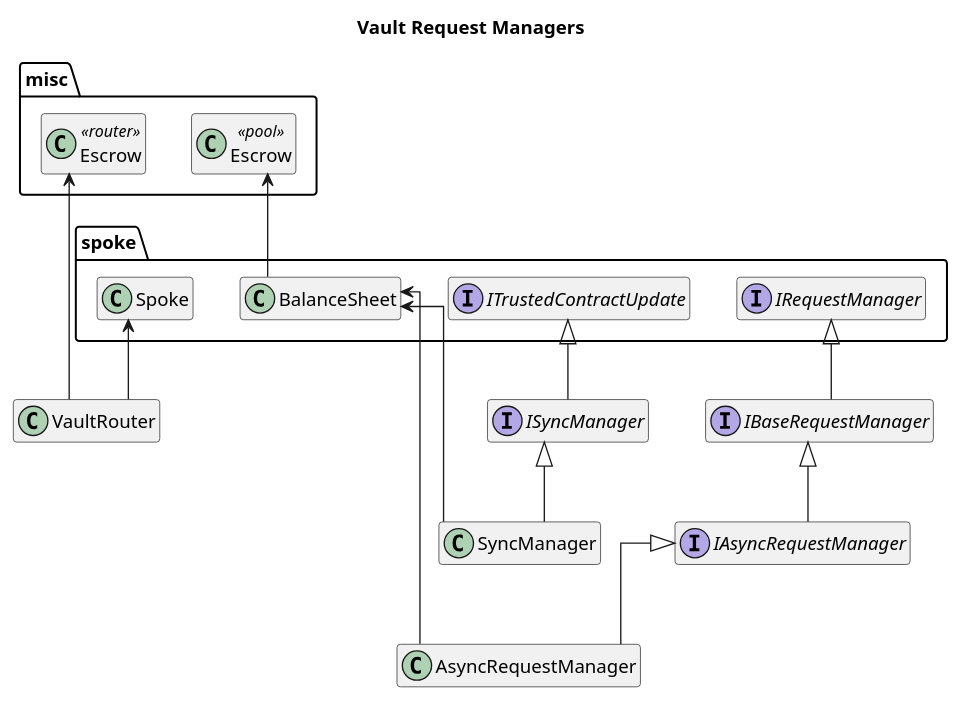
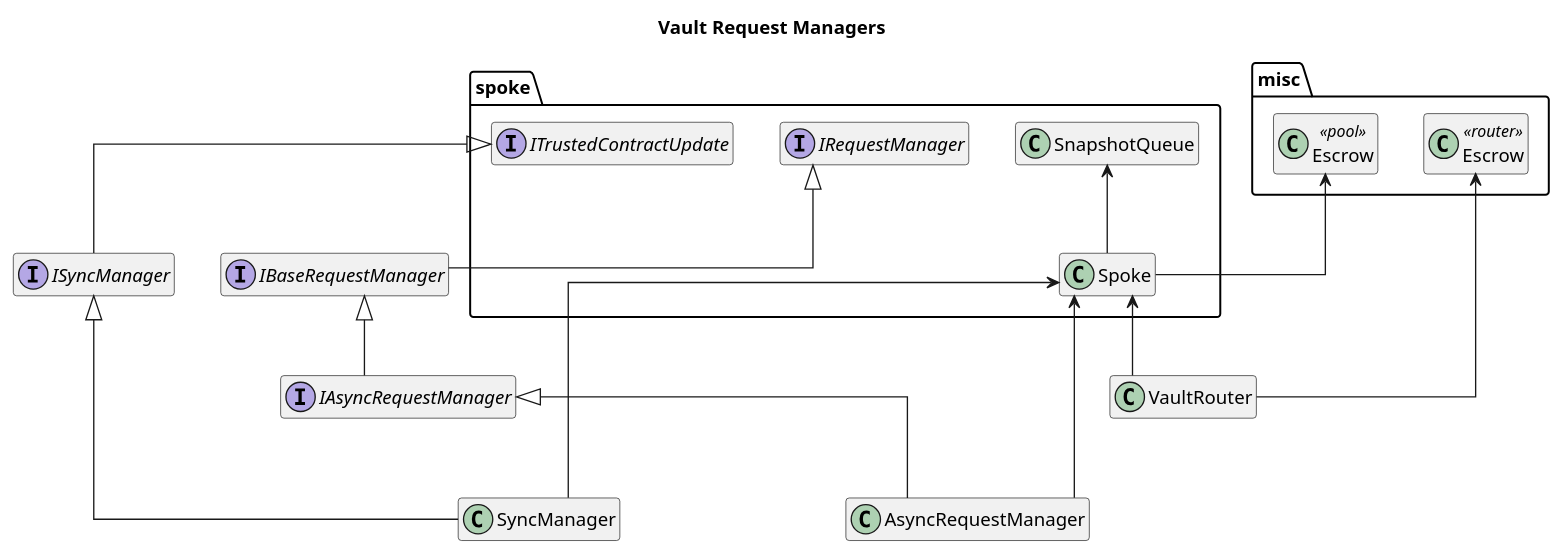
The diagram in docs/architecture/vaults/request-managers.puml (centrifuge/protocol), drawn with PlantUML before and after one commit. The commit also changed 111 other files, not shown here.

Commit message:
Merge BalanceSheet into Spoke (#255)

```diff
--- a/docs/architecture/vaults/request-managers.puml
+++ b/docs/architecture/vaults/request-managers.puml
@@ -1,38 +1,39 @@
 @startuml request-managers
 title Vault Request Managers
 hide empty members
 
 skinparam linetype ortho
 
 package misc {
     class "Escrow" as PoolEscrow<<pool>>
     class "Escrow" as RouterEscrow<<router>>
 }
 
 package spoke {
     class Spoke
-    class BalanceSheet
+    class SnapshotQueue
     interface IRequestManager
     interface ITrustedContractUpdate
 }
 
 interface IBaseRequestManager
 interface IAsyncRequestManager
 interface ISyncManager
 
 IBaseRequestManager -up-|> IRequestManager
 
 IAsyncRequestManager -up-|> IBaseRequestManager
 ISyncManager -up-|> ITrustedContractUpdate
 
-AsyncRequestManager -up-> BalanceSheet
+AsyncRequestManager -up-> Spoke
 AsyncRequestManager -up-|> IAsyncRequestManager
-BalanceSheet -up-> PoolEscrow
+Spoke -up-> PoolEscrow
+Spoke -up-> SnapshotQueue
 
 SyncManager -up-|> ISyncManager
-SyncManager -up--> BalanceSheet
+SyncManager -up--> Spoke
 
 VaultRouter -up-> RouterEscrow
 VaultRouter -up-> Spoke
 
 @enduml
```
